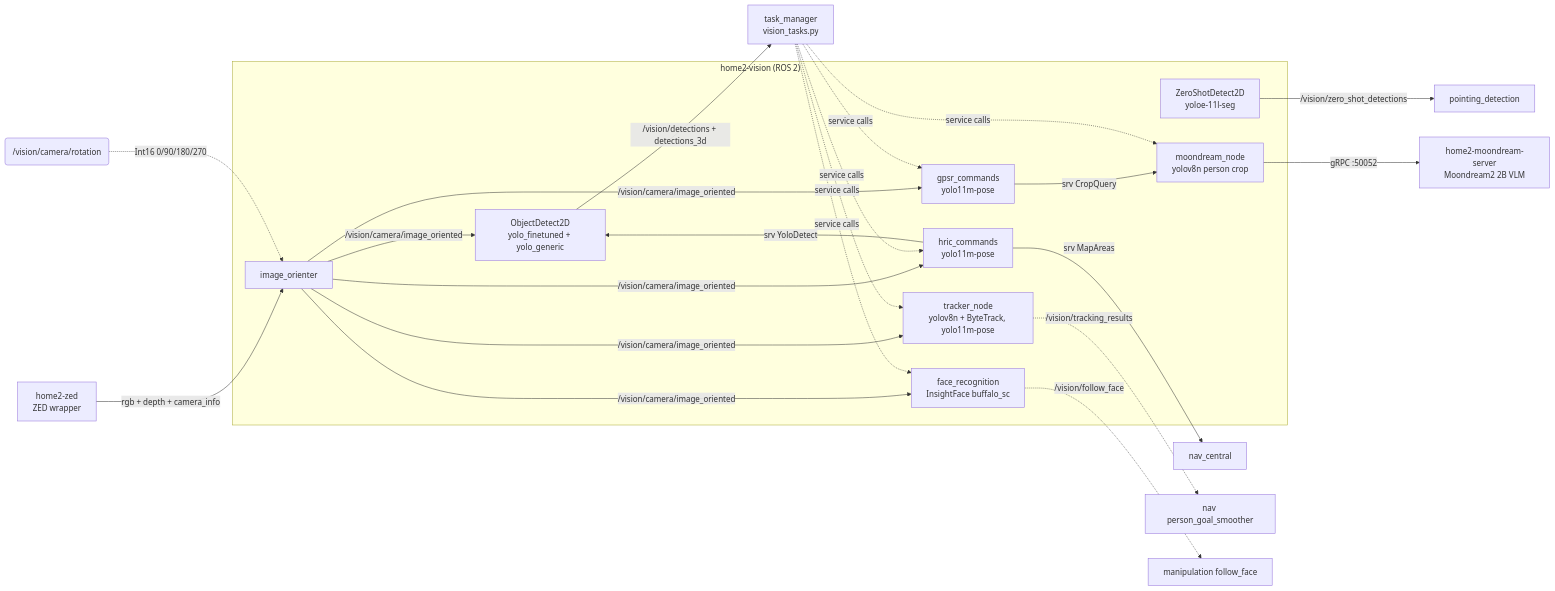
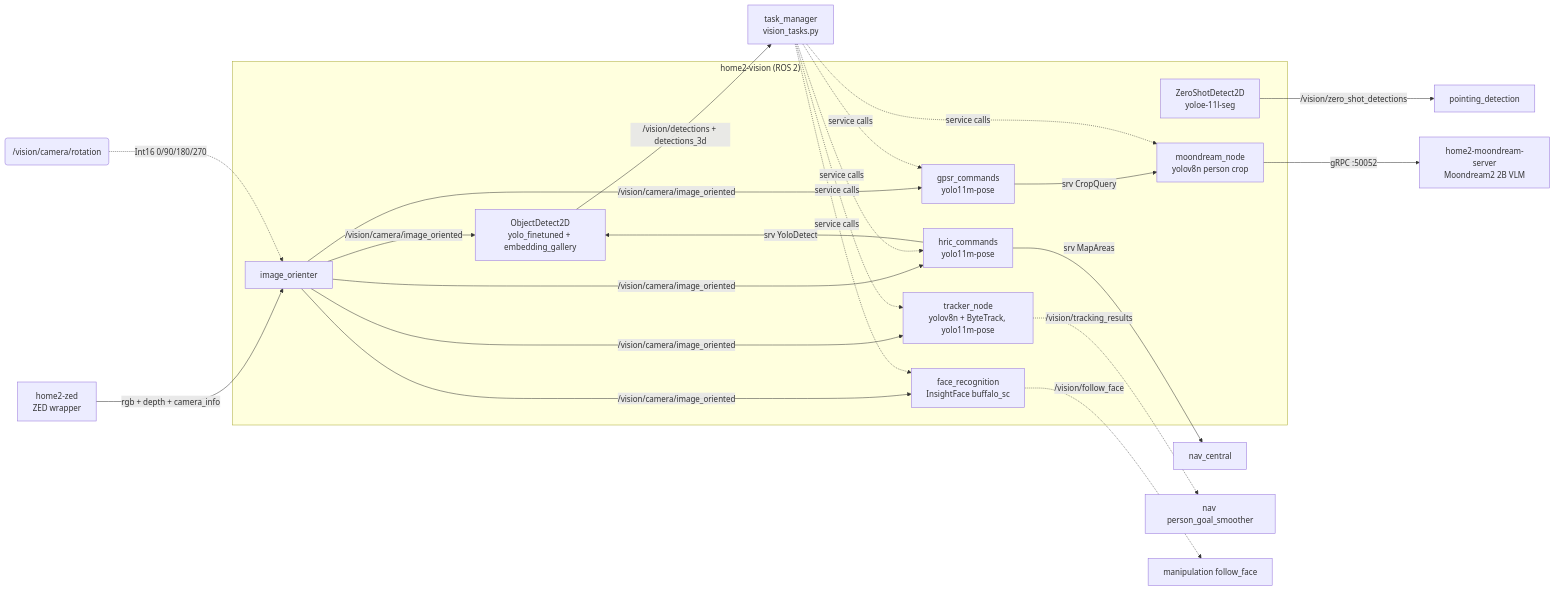
The diagram in docs/Areas/Computer Vision/vision.md (RoBorregos/Home-Docs), drawn with Mermaid before and after one commit. The commit also changed other lines of this file and 15 other files, not shown here.

````diff
--- a/docs/Areas/Computer Vision/vision.md
+++ b/docs/Areas/Computer Vision/vision.md
@@ -152,28 +169,28 @@
 ```mermaid
 flowchart LR
     ZED[home2-zed<br/>ZED wrapper] -->|rgb + depth + camera_info| IO[image_orienter]
     ROT(/vision/camera/rotation) -.->|Int16 0/90/180/270| IO
     IO -->|/vision/camera/image_oriented| OD & TRK & HC & GC & FR
 
     subgraph VIS["home2-vision (ROS 2)"]
         IO
-        OD["ObjectDetect2D<br/>yolo_finetuned + yolo_generic"]
+        OD["ObjectDetect2D<br/>yolo_finetuned + embedding_gallery"]
         ZS["ZeroShotDetect2D<br/>yoloe-11l-seg"]
         TRK["tracker_node<br/>yolov8n + ByteTrack, yolo11m-pose"]
         FR["face_recognition<br/>InsightFace buffalo_sc"]
         HC["hric_commands<br/>yolo11m-pose"]
         GC["gpsr_commands<br/>yolo11m-pose"]
         MD["moondream_node<br/>yolov8n person crop"]
     end
 
     OD -->|/vision/detections + detections_3d| TM[task_manager<br/>vision_tasks.py]
     HC -->|srv YoloDetect| OD
     HC -->|srv MapAreas| NAV[nav_central]
     GC -->|srv CropQuery| MD
     MD -->|gRPC :50052| MDS["home2-moondream-server<br/>Moondream2 2B VLM"]
     ZS -->|/vision/zero_shot_detections| PD[pointing_detection]
 
     TRK -.->|/vision/tracking_results| SM[nav person_goal_smoother]
     FR -.->|/vision/follow_face| ARM[manipulation follow_face]
     TM -.->|service calls| TRK & FR & HC & GC & MD
 ```
````
